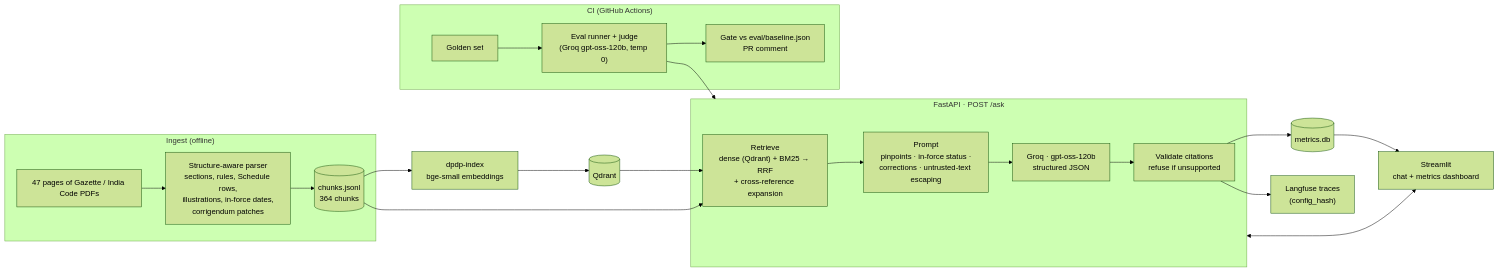
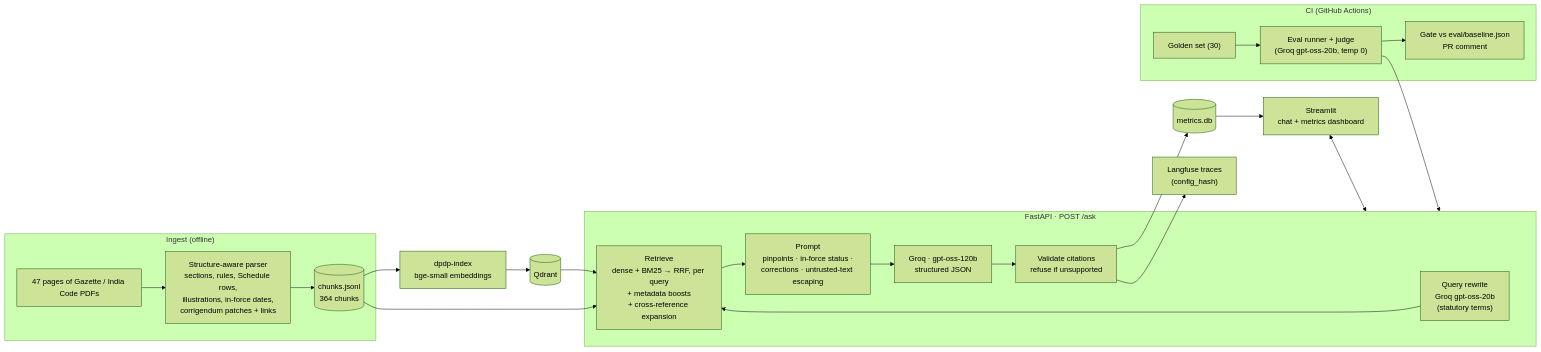
Before and after one commit to mishalsheza/dpdp_rag: the diagram in README.md, drawn with Mermaid (forest theme). The commit also changed other lines of this file and 8 other files, not shown here.

````diff
--- a/README.md
+++ b/README.md
@@ -33,21 +36,22 @@
 ```mermaid
 flowchart LR
   subgraph Ingest["Ingest (offline)"]
-    PDF["47 pages of Gazette / India Code PDFs"] --> P["Structure-aware parser<br/>sections, rules, Schedule rows,<br/>illustrations, in-force dates,<br/>corrigendum patches"]
+    PDF["47 pages of Gazette / India Code PDFs"] --> P["Structure-aware parser<br/>sections, rules, Schedule rows,<br/>illustrations, in-force dates,<br/>corrigendum patches + links"]
     P --> C[("chunks.jsonl<br/>364 chunks")]
   end
   C --> IDX["dpdp-index<br/>bge-small embeddings"] --> Q[("Qdrant")]
   subgraph API["FastAPI · POST /ask"]
-    R["Retrieve<br/>dense (Qdrant) + BM25 → RRF<br/>+ cross-reference expansion"] --> G["Prompt<br/>pinpoints · in-force status ·<br/>corrections · untrusted-text escaping"]
+    RW["Query rewrite<br/>Groq gpt-oss-20b<br/>(statutory terms)"] --> R["Retrieve<br/>dense + BM25 → RRF, per query<br/>+ metadata boosts<br/>+ cross-reference expansion"]
+    R --> G["Prompt<br/>pinpoints · in-force status ·<br/>corrections · untrusted-text escaping"]
     G --> L["Groq · gpt-oss-120b<br/>structured JSON"] --> V["Validate citations<br/>refuse if unsupported"]
   end
   Q --> R
   C --> R
   UI["Streamlit<br/>chat + metrics dashboard"] <--> API
   V --> M[("metrics.db")] --> UI
   V --> LF["Langfuse traces<br/>(config_hash)"]
   subgraph CI["CI (GitHub Actions)"]
-    GS["Golden set"] --> E["Eval runner + judge<br/>(Groq gpt-oss-120b, temp 0)"] --> GATE["Gate vs eval/baseline.json<br/>PR comment"]
+    GS["Golden set (30)"] --> E["Eval runner + judge<br/>(Groq gpt-oss-20b, temp 0)"] --> GATE["Gate vs eval/baseline.json<br/>PR comment"]
   end
   E --> API
 ```
````
